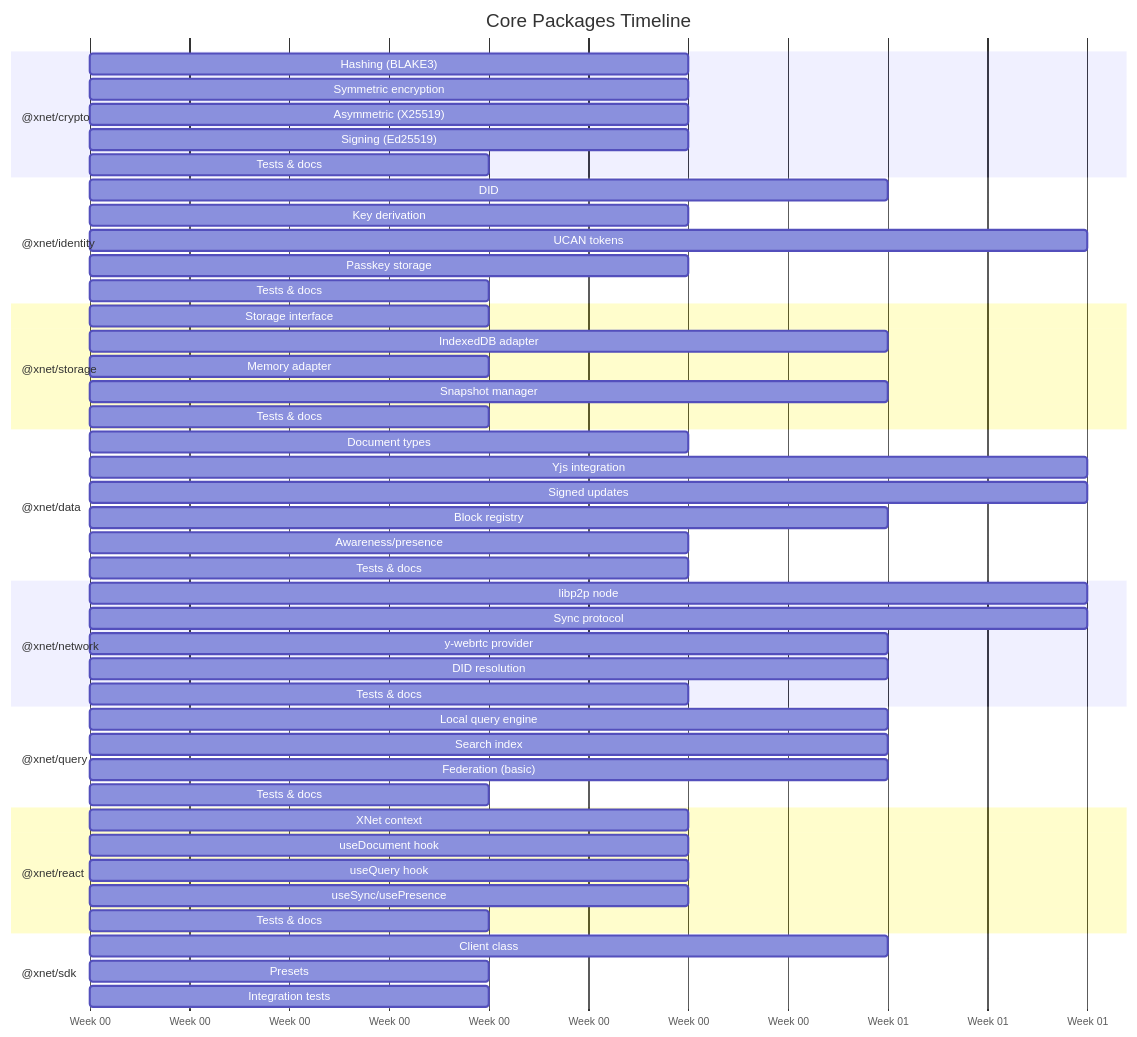
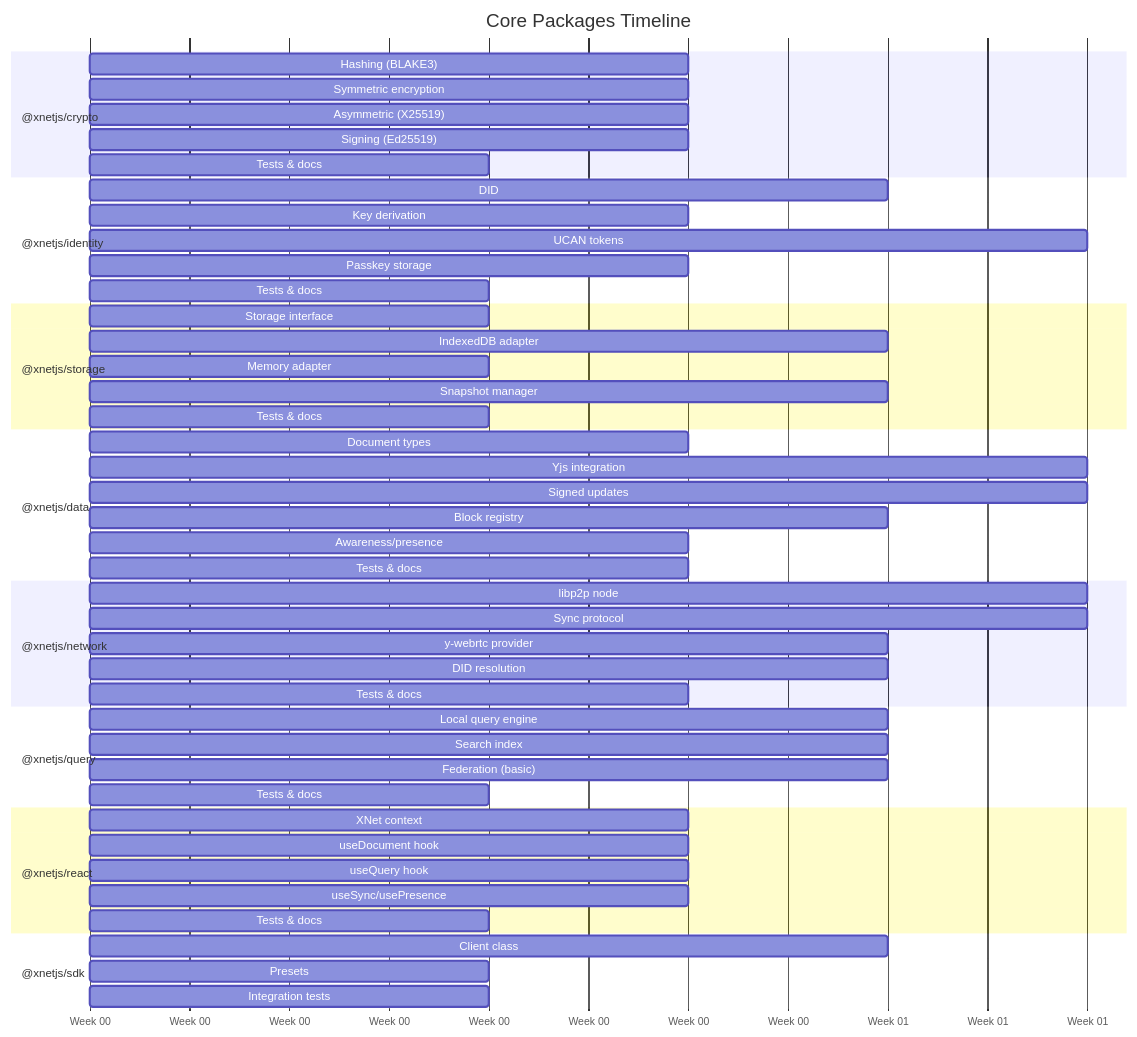
Before and after one commit to crs48/xNet: the fifth of 13 diagrams in docs/plans/plan01MVP/16-timeline.md, drawn with Mermaid. The commit also changed other lines of this file and 980 other files, not shown here.

````diff
--- a/docs/plans/plan01MVP/16-timeline.md
+++ b/docs/plans/plan01MVP/16-timeline.md
@@ -182,60 +182,60 @@
 ```mermaid
 gantt
     title Core Packages Timeline
     dateFormat  X
     axisFormat Week %W
 
-    section @xnet/crypto
+    section @xnetjs/crypto
     Hashing (BLAKE3)             :c1, 0, 3d
     Symmetric encryption         :c2, 3, 3d
     Asymmetric (X25519)          :c3, 6, 3d
     Signing (Ed25519)            :c4, 9, 3d
     Tests & docs                 :c5, 12, 2d
 
-    section @xnet/identity
+    section @xnetjs/identity
     DID:key generation           :i1, 7, 4d
     Key derivation               :i2, 11, 3d
     UCAN tokens                  :i3, 14, 5d
     Passkey storage              :i4, 19, 3d
     Tests & docs                 :i5, 22, 2d
 
-    section @xnet/storage
+    section @xnetjs/storage
     Storage interface            :s1, 7, 2d
     IndexedDB adapter            :s2, 9, 4d
     Memory adapter               :s3, 13, 2d
     Snapshot manager             :s4, 15, 4d
     Tests & docs                 :s5, 19, 2d
 
-    section @xnet/data
+    section @xnetjs/data
     Document types               :d1, 21, 3d
     Yjs integration              :d2, 24, 5d
     Signed updates               :d3, 29, 5d
     Block registry               :d4, 34, 4d
     Awareness/presence           :d5, 38, 3d
     Tests & docs                 :d6, 41, 3d
 
-    section @xnet/network
+    section @xnetjs/network
     libp2p node                  :n1, 35, 5d
     Sync protocol                :n2, 40, 5d
     y-webrtc provider            :n3, 45, 4d
     DID resolution               :n4, 49, 4d
     Tests & docs                 :n5, 53, 3d
 
-    section @xnet/query
+    section @xnetjs/query
     Local query engine           :q1, 42, 4d
     Search index                 :q2, 46, 4d
     Federation (basic)           :q3, 50, 4d
     Tests & docs                 :q4, 54, 2d
 
-    section @xnet/react
+    section @xnetjs/react
     XNet context                 :r1, 49, 3d
     useDocument hook             :r2, 52, 3d
     useQuery hook                :r3, 55, 3d
     useSync/usePresence          :r4, 58, 3d
     Tests & docs                 :r5, 61, 2d
 
-    section @xnet/sdk
+    section @xnetjs/sdk
     Client class                 :k1, 56, 4d
     Presets                      :k2, 60, 2d
     Integration tests            :k3, 62, 2d
 ```
````
